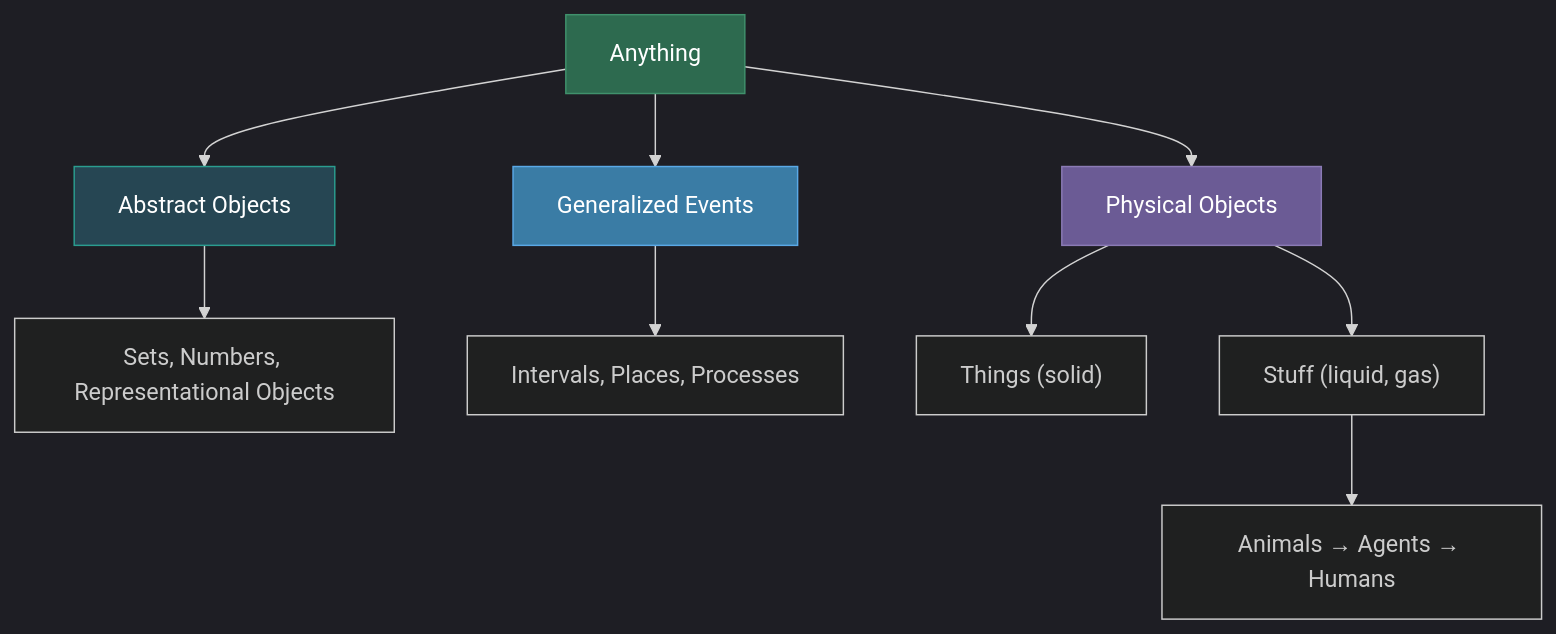
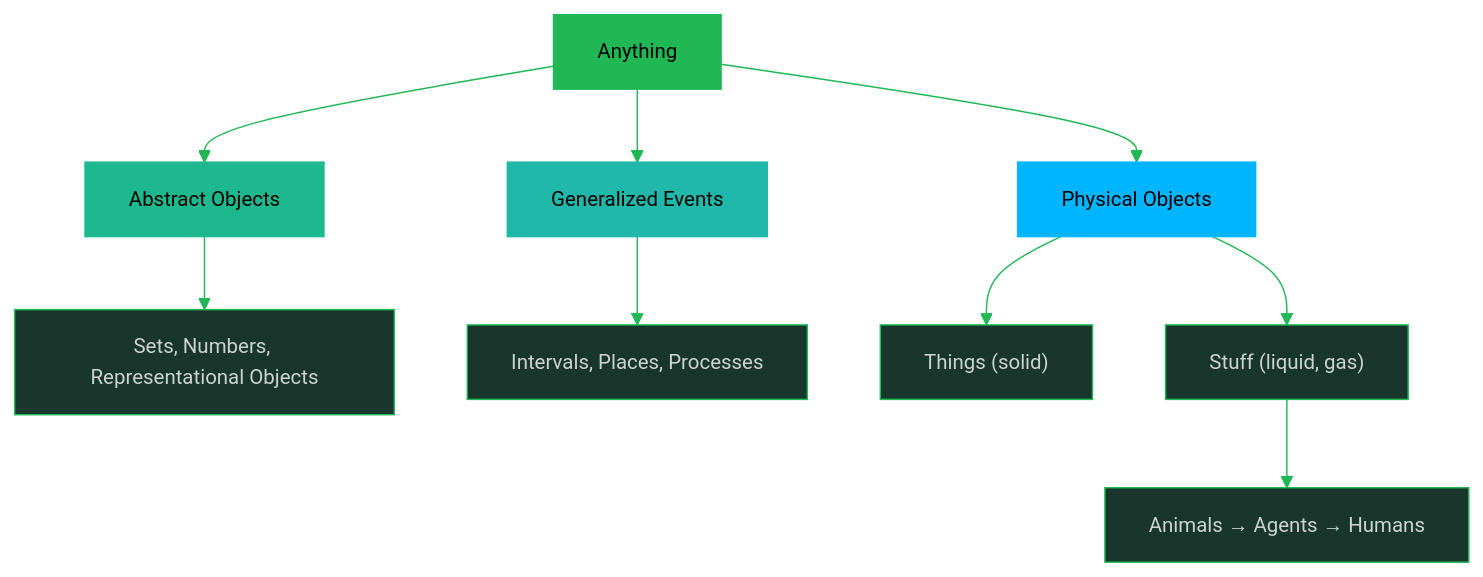
Before and after one commit to oat431/swe-knowledge: the diagram in computing-foundation-note/Artificial_Intelligence/03_Logic_and_Reasoning.md, drawn with Mermaid. The commit also changed other lines of this file and 139 other files, not shown here.

````diff
--- a/computing-foundation-note/Artificial_Intelligence/03_Logic_and_Reasoning.md
+++ b/computing-foundation-note/Artificial_Intelligence/03_Logic_and_Reasoning.md
@@ -377,23 +377,23 @@
 ```mermaid
-%%{init: {'theme':'dark'}}%%
+%%{init: {'theme':'base','themeVariables':{'primaryColor':'#19362D','primaryTextColor':'#CDD3D1','primaryBorderColor':'#1FB854','lineColor':'#1FB854','secondaryColor':'#161212','tertiaryColor':'#1B1717','background':'#1B1717','mainBkg':'#19362D','nodeBorder':'#1FB854','clusterBkg':'#161212','clusterBorder':'#19362D','titleColor':'#1FB854','edgeLabelBackground':'#161212','fontSize':'14px'}}}%%
 graph TD
     A["Anything"]
     AO["Abstract Objects"]
     GE["Generalized Events"]
     PO["Physical Objects"]
 
     A --> AO
     A --> GE
     A --> PO
 
     AO --> AO1["Sets, Numbers, Representational Objects"]
     GE --> GE1["Intervals, Places, Processes"]
     PO --> PO1["Things (solid)"]
     PO --> PO2["Stuff (liquid, gas)"]
     PO2 --> PO3["Animals → Agents → Humans"]
 
-    style A fill:#2d6a4f,stroke:#40916c,color:#fff
-    style AO fill:#264653,stroke:#2a9d8f,color:#fff
-    style GE fill:#3a7ca5,stroke:#5aa9e6,color:#fff
-    style PO fill:#6b5b95,stroke:#8b7bb5,color:#fff
+    style A fill:#1FB854,stroke:#1FB854,color:#000000
+    style AO fill:#1EB88E,stroke:#1EB88E,color:#000000
+    style GE fill:#1FB8AB,stroke:#1FB8AB,color:#000000
+    style PO fill:#00B5FF,stroke:#00B5FF,color:#000000
 ```
````
